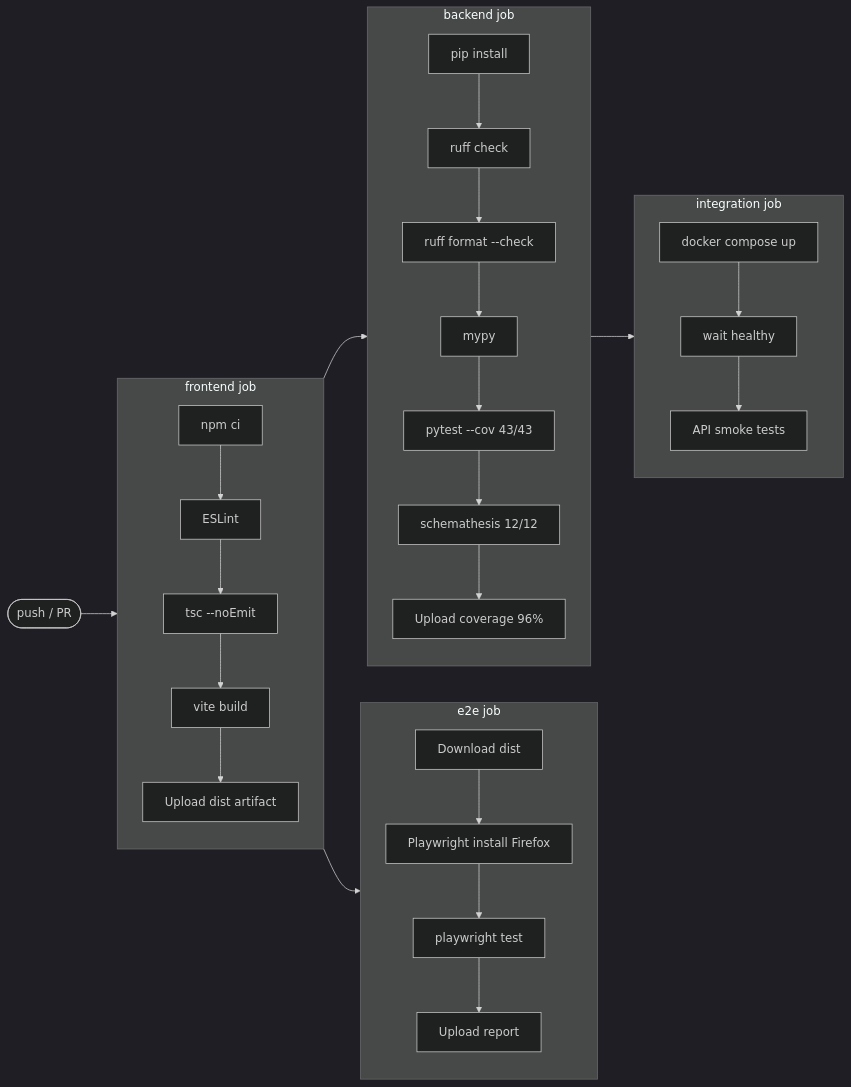
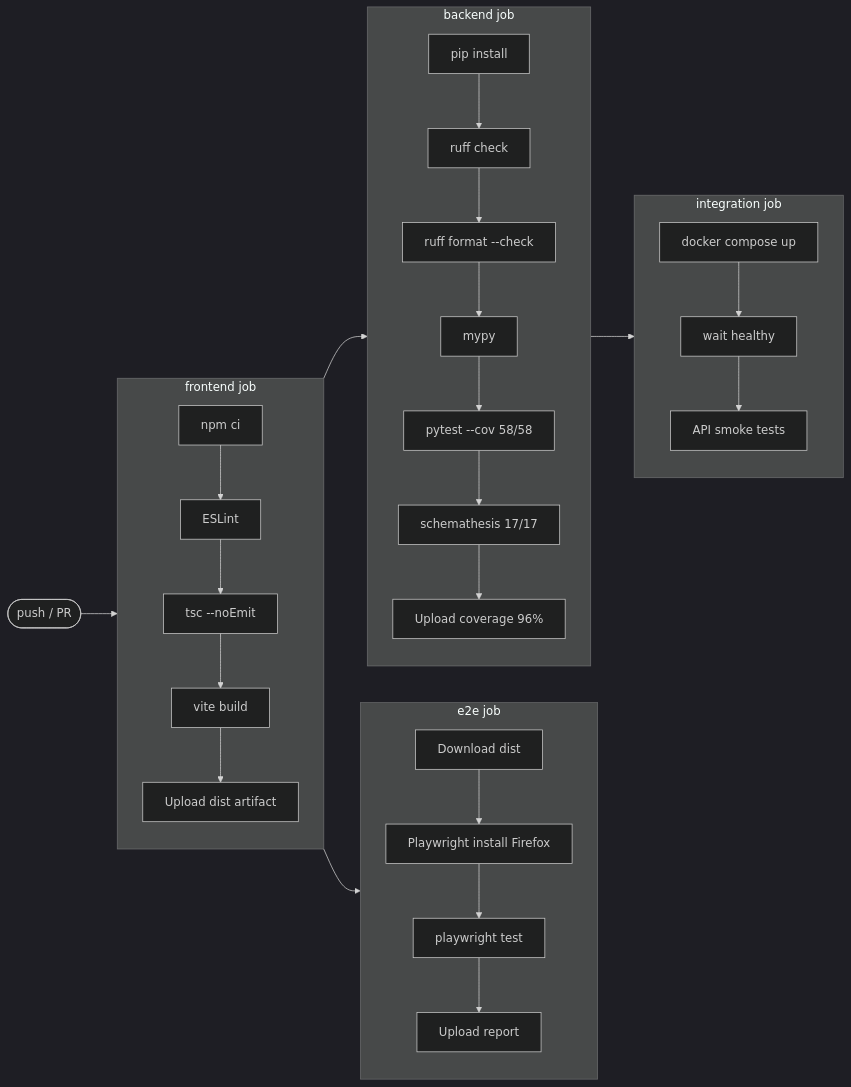
Before and after one commit to Kensan196948G/ArcSphere3D: the second of 3 diagrams in README.md, drawn with Mermaid (dark theme). The commit also changed other lines of this file, not shown here.

````diff
--- a/README.md
+++ b/README.md
@@ -121,35 +136,35 @@
 ```mermaid
 flowchart LR
     A([push / PR]) --> F
 
     subgraph F["frontend job"]
         F1[npm ci] --> F2[ESLint]
         F2 --> F3[tsc --noEmit]
         F3 --> F4[vite build]
         F4 --> F5[Upload dist artifact]
     end
 
     subgraph E["e2e job"]
         E1[Download dist] --> E2[Playwright install Firefox]
         E2 --> E3[playwright test]
         E3 --> E4[Upload report]
     end
 
     subgraph B["backend job"]
         B1[pip install] --> B2[ruff check]
         B2 --> B3[ruff format --check]
         B3 --> B4[mypy]
-        B4 --> B5[pytest --cov 43/43]
-        B5 --> B6[schemathesis 12/12]
+        B4 --> B5[pytest --cov 58/58]
+        B5 --> B6[schemathesis 17/17]
         B6 --> B7[Upload coverage 96%]
     end
 
     subgraph I["integration job"]
         I1[docker compose up] --> I2[wait healthy]
         I2 --> I3[API smoke tests]
     end
 
     F --> E
     F --> B
     B --> I
 ```
````
